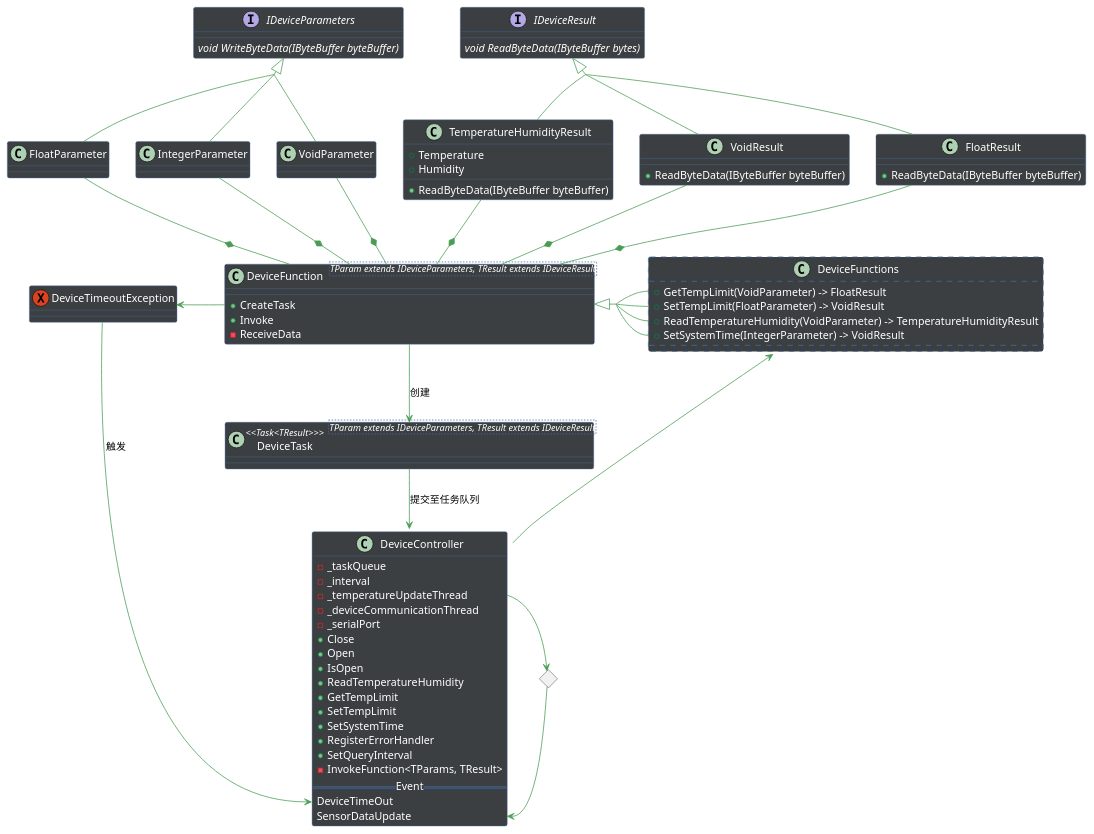
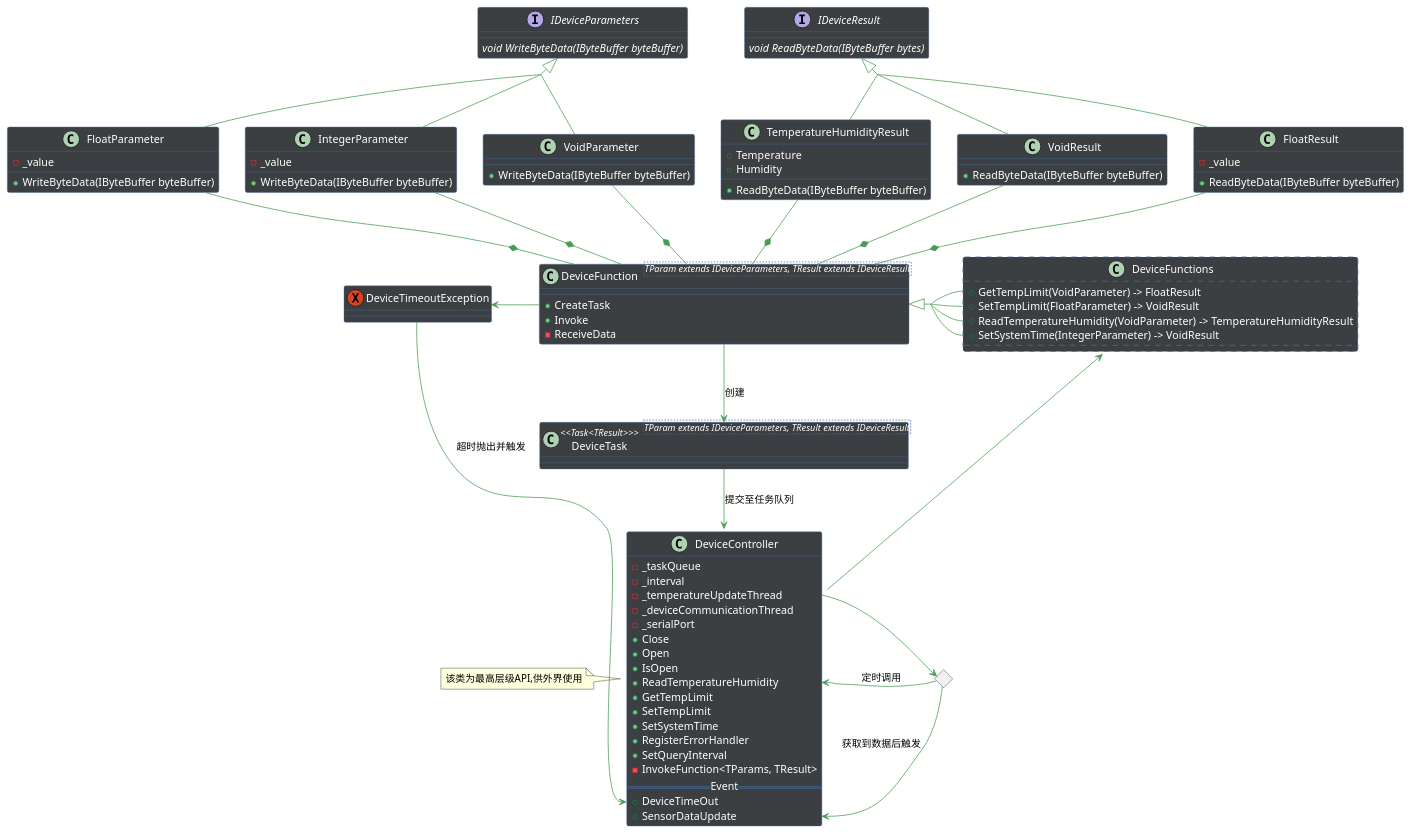
One commit to XiaoYuOvO/EnvironmentHelperHost changed the diagram in EnvironmentHelperHost/Structure.puml. Above: the diagram before and after it, drawn with PlantUML.

Commit message:
Refine graph

```diff
--- a/EnvironmentHelperHost/Structure.puml
+++ b/EnvironmentHelperHost/Structure.puml
@@ -1,138 +1,156 @@
 @startuml
 'https://plantuml.com/class-diagram
 skinparam backgroundColor transparent
 skinparam groupInheritance 2
 skinparam classFontColor automatic
 skinparam class {
 ArrowColor #499c54
 BackgroundColor #3c3f41
 BorderColor #436ca6
 }
 
 skinparam arrow{
     FontColor Black
 }
 
 skinparam ClassAttribute{
     FontColor White
 }
 
 skinparam ClassStereotype{
     FontColor White
 }
 
 
 skinparam component YellowGreen
 
 class DeviceTask<TParam extends IDeviceParameters, TResult extends IDeviceResult> <<Task<TResult>>>{
     
 }
 
 exception DeviceTimeoutException{
 }
 
 class DeviceFunction<TParam extends IDeviceParameters, TResult extends IDeviceResult>{
     {method} + CreateTask
     {method} + Invoke
     {method} - ReceiveData
 }
 
 together{
 interface IDeviceParameters
 {
     {abstract} void WriteByteData(IByteBuffer byteBuffer)
 }
 
 interface IDeviceResult
 {
     {abstract} void ReadByteData(IByteBuffer bytes)
 }
 }
 together{
 class DeviceController{
     {field} - _taskQueue
     {field} - _interval
     {field} - _temperatureUpdateThread
     {field} - _deviceCommunicationThread
     {field} - _serialPort
     {method} + Close
     {method} + Open
     {method} + IsOpen
     {method} + ReadTemperatureHumidity
     {method} + GetTempLimit
     {method} + SetTempLimit
     {method} + SetSystemTime
     {method} + RegisterErrorHandler
     {method} + SetQueryInterval
     {method} - InvokeFunction<TParams, TResult>
     ==Event==
-    DeviceTimeOut
-    SensorDataUpdate
+    + DeviceTimeOut
+    + SensorDataUpdate
 }
 diamond a
 'diamond b
 }
 class FloatResult {
+    {field} - _value
     + ReadByteData(IByteBuffer byteBuffer)
 }
 class TemperatureHumidityResult{
     + ReadByteData(IByteBuffer byteBuffer)
     {field} + Temperature
     {field} + Humidity
 }
 class VoidResult{
     + ReadByteData(IByteBuffer byteBuffer)
+}
+
+class FloatParameter{
+    {field} - _value
+    + WriteByteData(IByteBuffer byteBuffer)
+}
+
+class IntegerParameter{
+    {field} - _value
+    + WriteByteData(IByteBuffer byteBuffer)
+}
+
+class VoidParameter{
+    + WriteByteData(IByteBuffer byteBuffer)
 }
 
 static class DeviceFunctions #line.dashed{
     {field} + GetTempLimit(VoidParameter) -> FloatResult
     {field} + SetTempLimit(FloatParameter) -> VoidResult
     {field} + ReadTemperatureHumidity(VoidParameter) -> TemperatureHumidityResult
     {field} + SetSystemTime(IntegerParameter) -> VoidResult
 }
 
 
 DeviceFunction <|-right- DeviceFunctions::GetTempLimit 
 DeviceFunction <|-right- DeviceFunctions::SetSystemTime 
 DeviceFunction <|-right- DeviceFunctions::SetTempLimit 
 DeviceFunction <|-right- DeviceFunctions::ReadTemperatureHumidity
  
 
 DeviceFunction::TResult *-up- FloatResult
 DeviceFunction::TResult *-up- VoidResult
 DeviceFunction::TResult *-up- TemperatureHumidityResult
 DeviceFunction::TParam *-up- VoidParameter
 DeviceFunction::TParam *-up- IntegerParameter
 DeviceFunction::TParam *-up- FloatParameter
 
 
 IDeviceResult <|-- FloatResult
 IDeviceResult <|-- VoidResult
 IDeviceResult <|-- TemperatureHumidityResult
 IDeviceParameters <|-- VoidParameter
 IDeviceParameters <|-- IntegerParameter
 IDeviceParameters <|-- FloatParameter
 
-DeviceController::DeviceTimeOut <-left- DeviceTimeoutException : 触发
+DeviceController::DeviceTimeOut <-left- DeviceTimeoutException : 超时抛出并触发
 'DeviceController::_deviceCommunicationThread --> DeviceFunction::Invoke
 DeviceController <-up- DeviceTask : 提交至任务队列
 'DeviceController::__deviceCommunicationThread <-down- DeviceController::_taskQueue
 
 DeviceTimeoutException <-right- DeviceFunction::Invoke
-
+note left of DeviceController
+该类为最高层级API,供外界使用
+end note
 DeviceFunctions <-right- DeviceController
 
 'DeviceController::SetTempLimit -left> b 
 'DeviceController::SetTempLimit -left> b 
 'DeviceController::SetTempLimit -left> b 
 'DeviceController::SetTempLimit -left> b 
 'b -left-> DeviceController::_taskQueue
 
-DeviceController::SensorDataUpdate <-- a
+DeviceController::SensorDataUpdate <-- a  : 获取到数据后触发
+DeviceController::ReadTemperatureHumidity <-- a  : 定时调用
 a <-left- DeviceController::_temperatureUpdateThread
 
 DeviceTask <-up- DeviceFunction : 创建
 
 
 
 @enduml
```
